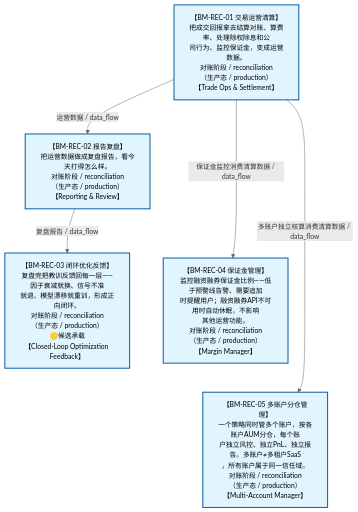
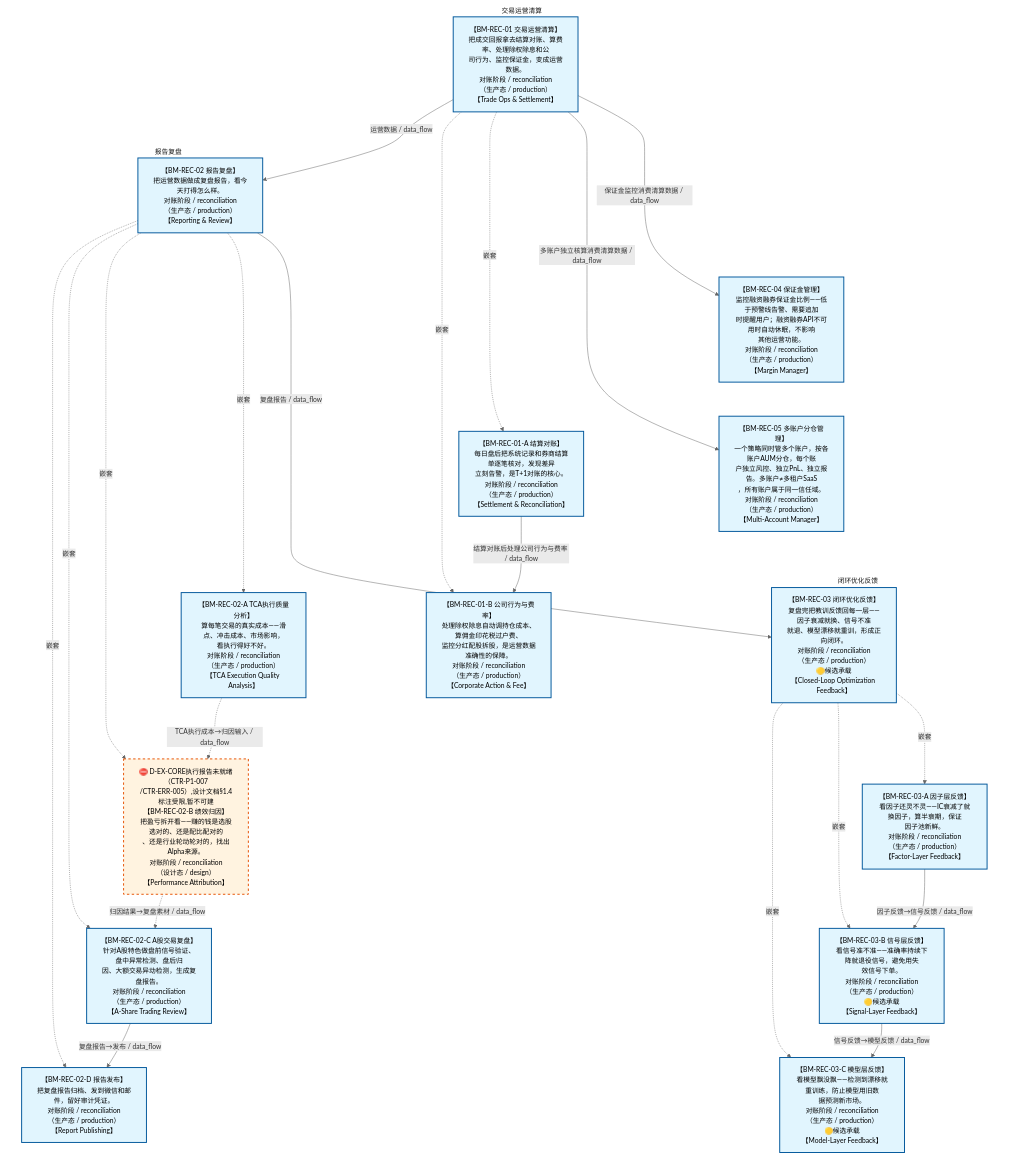
The diagram in docs/02_enterprise_architecture/07_trading_decision_architecture/battle_map/battle_map_06_reconciliation.md (xuanFelixVan/ZephyrAlpha), drawn with Mermaid before and after one commit. The commit also changed other lines of this file and 1 other file, not shown here.

````diff
--- a/docs/02_enterprise_architecture/07_trading_decision_architecture/battle_map/battle_map_06_reconciliation.md
+++ b/docs/02_enterprise_architecture/07_trading_decision_architecture/battle_map/battle_map_06_reconciliation.md
@@ -38,21 +38,54 @@
 ```mermaid
 %%{init: {'theme': 'base', 'themeVariables': {'primaryColor': '#eaeaea', 'primaryTextColor': '#333333', 'primaryBorderColor': '#666666', 'lineColor': '#666666', 'secondaryColor': '#eaeaea', 'tertiaryColor': '#eaeaea', 'clusterBkg': 'transparent', 'clusterBorder': 'transparent', 'fontSize': '14px'}}}%%
 %% 对账阶段图
 flowchart TD
-    BM_REC_01["【BM-REC-01 交易运营清算】<br/>把成交回报拿去结算对账、算费率、处理除权除息和公<br/>司行为、监控保证金，变成运营数据。<br/>对账阶段 / reconciliation<br/>（生产态 / production）<br/>【Trade Ops &amp; Settlement】"]
-    BM_REC_02["【BM-REC-02 报告复盘】<br/>把运营数据做成复盘报告，看今天打得怎么样。<br/>对账阶段 / reconciliation<br/>（生产态 / production）<br/>【Reporting &amp; Review】"]
-    BM_REC_03["【BM-REC-03 闭环优化反馈】<br/>复盘完把教训反馈回每一层——因子衰减就换、信号不准<br/>就退、模型漂移就重训，形成正向闭环。<br/>对账阶段 / reconciliation<br/>（生产态 / production）<br/>🟡候选承载<br/>【Closed-Loop Optimization Feedback】"]
+    subgraph sg_BM_REC_01 ["交易运营清算"]
+        BM_REC_01["【BM-REC-01 交易运营清算】<br/>把成交回报拿去结算对账、算费率、处理除权除息和公<br/>司行为、监控保证金，变成运营数据。<br/>对账阶段 / reconciliation<br/>（生产态 / production）<br/>【Trade Ops &amp; Settlement】"]
+        BM_REC_01_A["【BM-REC-01-A 结算对账】<br/>每日盘后把系统记录和券商结算单逐笔核对，发现差异<br/>立刻告警，是T+1对账的核心。<br/>对账阶段 / reconciliation<br/>（生产态 / production）<br/>【Settlement &amp; Reconciliation】"]
+        BM_REC_01_B["【BM-REC-01-B 公司行为与费率】<br/>处理除权除息自动调持仓成本、算佣金印花税过户费、<br/>监控分红配股拆股，是运营数据准确性的保障。<br/>对账阶段 / reconciliation<br/>（生产态 / production）<br/>【Corporate Action &amp; Fee】"]
+        BM_REC_01 -.->|嵌套| BM_REC_01_A
+        BM_REC_01 -.->|嵌套| BM_REC_01_B
+    end
+    subgraph sg_BM_REC_02 ["报告复盘"]
+        BM_REC_02["【BM-REC-02 报告复盘】<br/>把运营数据做成复盘报告，看今天打得怎么样。<br/>对账阶段 / reconciliation<br/>（生产态 / production）<br/>【Reporting &amp; Review】"]
+        BM_REC_02_A["【BM-REC-02-A TCA执行质量分析】<br/>算每笔交易的真实成本——滑点、冲击成本、市场影响，<br/>看执行得好不好。<br/>对账阶段 / reconciliation<br/>（生产态 / production）<br/>【TCA Execution Quality Analysis】"]
+        BM_REC_02_B["⛔ D-EX-CORE执行报告未就绪（CTR-P1-007<br/>/CTR-ERR-005）,设计文档§1.4标注受限,暂不可建<br/>【BM-REC-02-B 绩效归因】<br/>把盈亏拆开看——赚的钱是选股选对的、还是配比配对的<br/>、还是行业轮动轮对的，找出Alpha来源。<br/>对账阶段 / reconciliation<br/>（设计态 / design）<br/>【Performance Attribution】"]
+        BM_REC_02_C["【BM-REC-02-C A股交易复盘】<br/>针对A股特色做盘前信号验证、盘中异常检测、盘后归<br/>因、大额交易异动检测，生成复盘报告。<br/>对账阶段 / reconciliation<br/>（生产态 / production）<br/>【A-Share Trading Review】"]
+        BM_REC_02_D["【BM-REC-02-D 报告发布】<br/>把复盘报告归档、发到微信和邮件，留好审计凭证。<br/>对账阶段 / reconciliation<br/>（生产态 / production）<br/>【Report Publishing】"]
+        BM_REC_02 -.->|嵌套| BM_REC_02_A
+        BM_REC_02 -.->|嵌套| BM_REC_02_B
+        BM_REC_02 -.->|嵌套| BM_REC_02_C
+        BM_REC_02 -.->|嵌套| BM_REC_02_D
+    end
+    subgraph sg_BM_REC_03 ["闭环优化反馈"]
+        BM_REC_03["【BM-REC-03 闭环优化反馈】<br/>复盘完把教训反馈回每一层——因子衰减就换、信号不准<br/>就退、模型漂移就重训，形成正向闭环。<br/>对账阶段 / reconciliation<br/>（生产态 / production）<br/>🟡候选承载<br/>【Closed-Loop Optimization Feedback】"]
+        BM_REC_03_A["【BM-REC-03-A 因子层反馈】<br/>看因子还灵不灵——IC衰减了就换因子，算半衰期，保证<br/>因子池新鲜。<br/>对账阶段 / reconciliation<br/>（生产态 / production）<br/>【Factor-Layer Feedback】"]
+        BM_REC_03_B["【BM-REC-03-B 信号层反馈】<br/>看信号准不准——准确率持续下降就退役信号，避免用失<br/>效信号下单。<br/>对账阶段 / reconciliation<br/>（生产态 / production）<br/>🟡候选承载<br/>【Signal-Layer Feedback】"]
+        BM_REC_03_C["【BM-REC-03-C 模型层反馈】<br/>看模型飘没飘——检测到漂移就重训练，防止模型用旧数<br/>据预测新市场。<br/>对账阶段 / reconciliation<br/>（生产态 / production）<br/>🟡候选承载<br/>【Model-Layer Feedback】"]
+        BM_REC_03 -.->|嵌套| BM_REC_03_A
+        BM_REC_03 -.->|嵌套| BM_REC_03_B
+        BM_REC_03 -.->|嵌套| BM_REC_03_C
+    end
     BM_REC_04["【BM-REC-04 保证金管理】<br/>监控融资融券保证金比例——低于预警线告警、需要追加<br/>时提醒用户；融资融券API不可用时自动休眠，不影响<br/>其他运营功能。<br/>对账阶段 / reconciliation<br/>（生产态 / production）<br/>【Margin Manager】"]
     BM_REC_05["【BM-REC-05 多账户分仓管理】<br/>一个策略同时管多个账户，按各账户AUM分仓，每个账<br/>户独立风控、独立PnL、独立报告。多账户≠多租户SaaS<br/>，所有账户属于同一信任域。<br/>对账阶段 / reconciliation<br/>（生产态 / production）<br/>【Multi-Account Manager】"]
-    BM_REC_02 ~~~ BM_REC_04 ~~~ BM_REC_05
+    BM_REC_01 ~~~ BM_REC_01_A ~~~ BM_REC_02_A ~~~ BM_REC_03_A
+    BM_REC_02 ~~~ BM_REC_04 ~~~ BM_REC_05 ~~~ BM_REC_01_B ~~~ BM_REC_02_B ~~~ BM_REC_03_B
+    BM_REC_03 ~~~ BM_REC_02_C ~~~ BM_REC_03_C
     BM_REC_01 -->|运营数据 / data_flow| BM_REC_02
     BM_REC_02 -->|复盘报告 / data_flow| BM_REC_03
     BM_REC_01 -->|保证金监控消费清算数据 / data_flow| BM_REC_04
     BM_REC_01 -->|多账户独立核算消费清算数据 / data_flow| BM_REC_05
+    BM_REC_01_A -->|结算对账后处理公司行为与费率 / data_flow| BM_REC_01_B
+    BM_REC_02_A -.->|TCA执行成本→归因输入 / data_flow| BM_REC_02_B
+    BM_REC_02_B -.->|归因结果→复盘素材 / data_flow| BM_REC_02_C
+    BM_REC_02_C -->|复盘报告→发布 / data_flow| BM_REC_02_D
+    BM_REC_03_A -->|因子反馈→信号反馈 / data_flow| BM_REC_03_B
+    BM_REC_03_B -->|信号反馈→模型反馈 / data_flow| BM_REC_03_C
 classDef production fill:#e1f5fe,stroke:#01579b,stroke-width:2px,color:#000
 classDef design fill:#fff3e0,stroke:#e65100,stroke-width:2px,color:#000,stroke-dasharray: 5 5
 classDef deprecated fill:#ffebee,stroke:#c62828,stroke-width:2px,color:#000
 classDef missing fill:#eeeeee,stroke:#9e9e9e,stroke-width:2px,color:#000
 classDef candidate fill:#fffde7,stroke:#f9a825,stroke-width:2px,color:#000,stroke-dasharray: 5 5
-    class BM_REC_01,BM_REC_02,BM_REC_03,BM_REC_04,BM_REC_05 production
+    class BM_REC_01,BM_REC_02,BM_REC_03,BM_REC_04,BM_REC_05,BM_REC_01_A,BM_REC_01_B,BM_REC_02_A,BM_REC_02_C,BM_REC_02_D,BM_REC_03_A,BM_REC_03_B,BM_REC_03_C production
+    class BM_REC_02_B design
 ```
````
